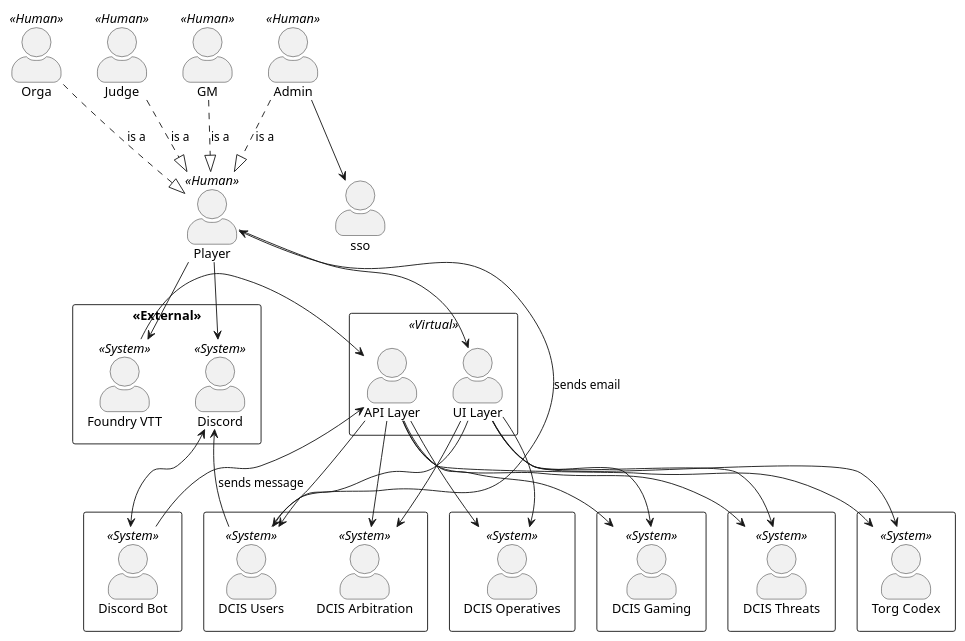
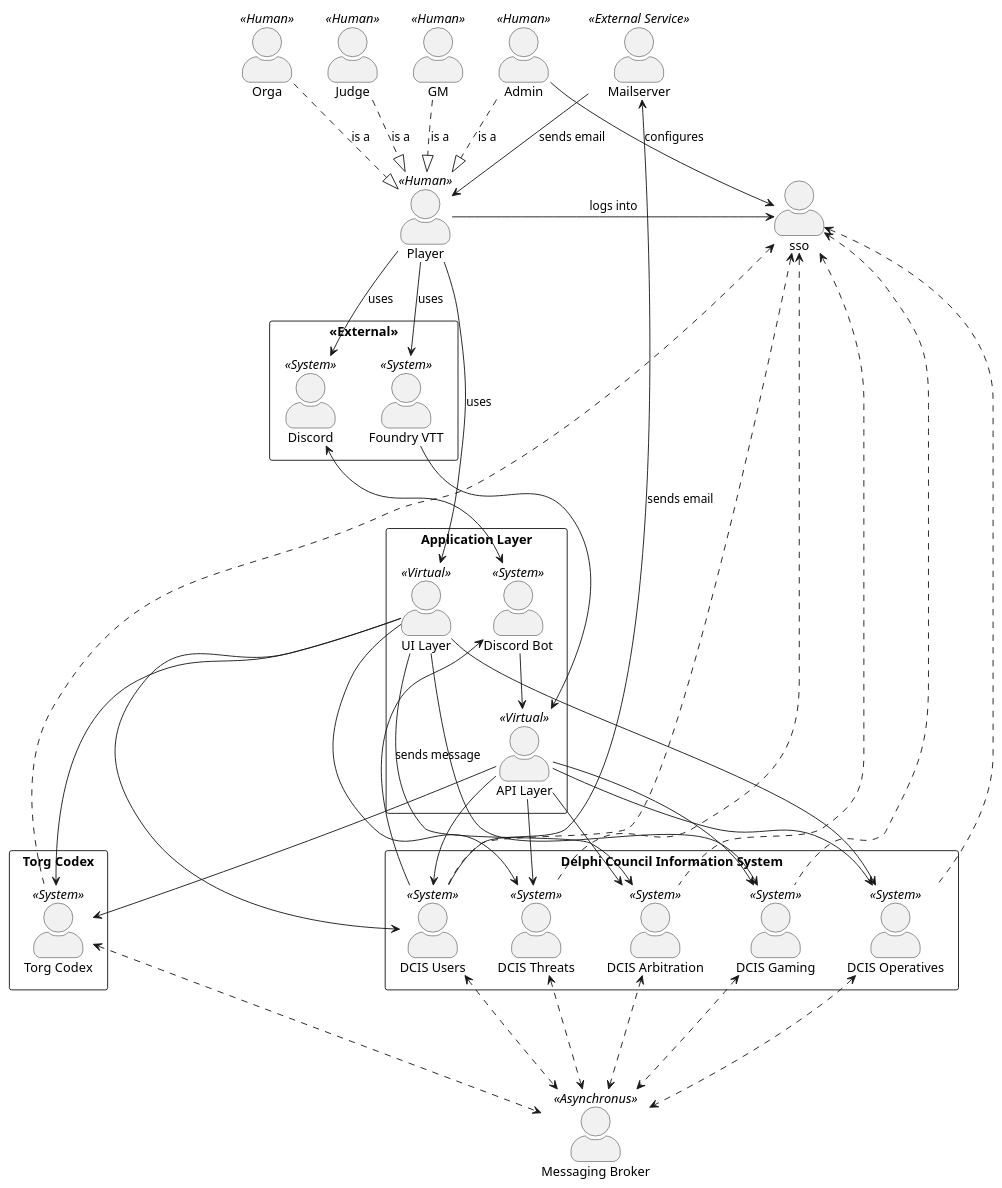
The diagram in src/main/docs/architecture/modules/arc42/pages/03_system_scope_and_context/business-context.adoc (Paladins-Inn/torganized-play-architecture), drawn with PlantUML before and after one commit. The commit also changed 12 other files, not shown here.

Commit message:
Trying to find the correct syntax for this helm chart ...

```diff
--- a/src/main/docs/architecture/modules/arc42/pages/03_system_scope_and_context/business-context.adoc
+++ b/src/main/docs/architecture/modules/arc42/pages/03_system_scope_and_context/business-context.adoc
@@ -30,39 +30,37 @@
 admin .d.|> player : is a
 
 together {
-  rectangle << Virtual >> {
-    :UI Layer: as ui
-    :API Layer: as api
-  }
-}
-
-together {
-  rectangle {
-    :DCIS Users: as users << System >>
-    :DCIS Arbitration: as arbitration << System >>
-  }
-
-  rectangle {
-    :DCIS Operatives: as operatives << System >>
-  }
-
-  rectangle {
-    :DCIS Gaming: as gaming << System >>
-  }
-
-  rectangle {
-    :DCIS Threats: as threats << System >>
-  }
-
-  rectangle {
-    :Torg Codex: as codex << System >>
-  }
-
-  rectangle {
+  rectangle "Application Layer" {
+    :UI Layer: as ui << Virtual >>
+    :API Layer: as api << Virtual >>
     :Discord Bot: as bot << System >>
   }
 }
 
+rectangle "Delphi Council Information System" {
+    :DCIS Arbitration: as arbitration << System >>
+    :DCIS Operatives: as operatives << System >>
+    :DCIS Gaming: as gaming << System >>
+    :DCIS Threats: as threats << System >>
+    :DCIS Users: as users << System >>
+}
+
+rectangle "Torg Codex" {
+    :Torg Codex: as codex << System >>
+}
+
+broker as "Messaging Broker" << Asynchronus >>
+mail as "Mailserver" << External Service >>
+
+player --> discord : uses
+player --> ui : uses
+player --> foundry : uses
+admin --> sso : configures
+
+foundry --> api
+discord <--> bot
+
+bot --> api
 
 ui --> users
 ui --> arbitration
@@ -71,16 +69,6 @@
 ui --> threats
 ui --> codex
 
-player --> ui
-player --> foundry
-player --> discord
-admin --> sso
-
-foundry --> api
-discord <--> bot
-
-api <-- bot
-
 api --> users
 api --> arbitration
 api --> operatives
@@ -88,7 +76,23 @@
 api --> threats
 api --> codex
 
-users --> player : sends email
-users --> discord : sends message
+mail <-- users : sends email
+mail --> player : sends email
+bot <-- users : sends message
+
+users <-.-> broker
+arbitration <-.-> broker
+operatives <-.-> broker
+gaming <-.-> broker
+threats <-.-> broker
+codex <-.-> broker
+
+sso <-- player : logs into
+sso <-.- users
+sso <-.- arbitration
+sso <-.- operatives
+sso <-.- gaming
+sso <-.- threats
+sso <-.- codex
 @enduml
 ....
```
